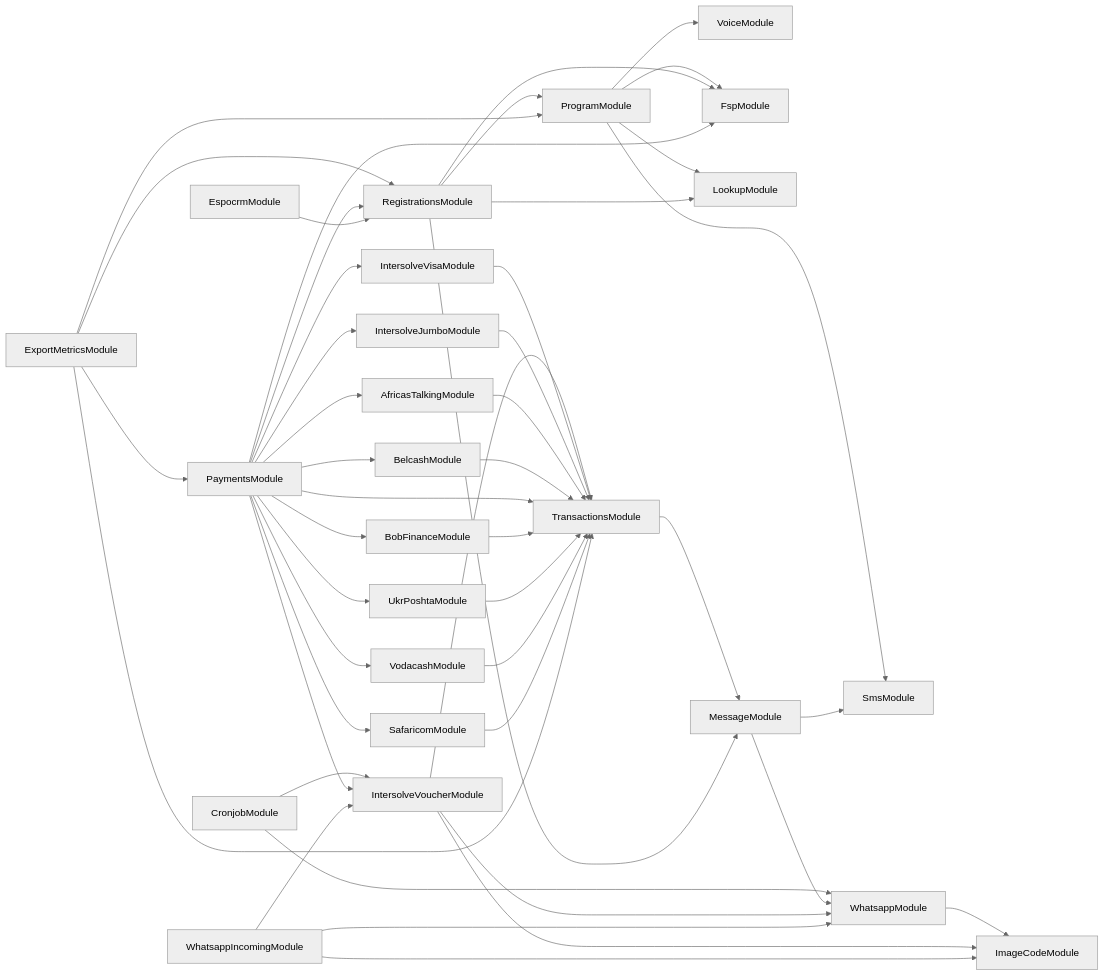
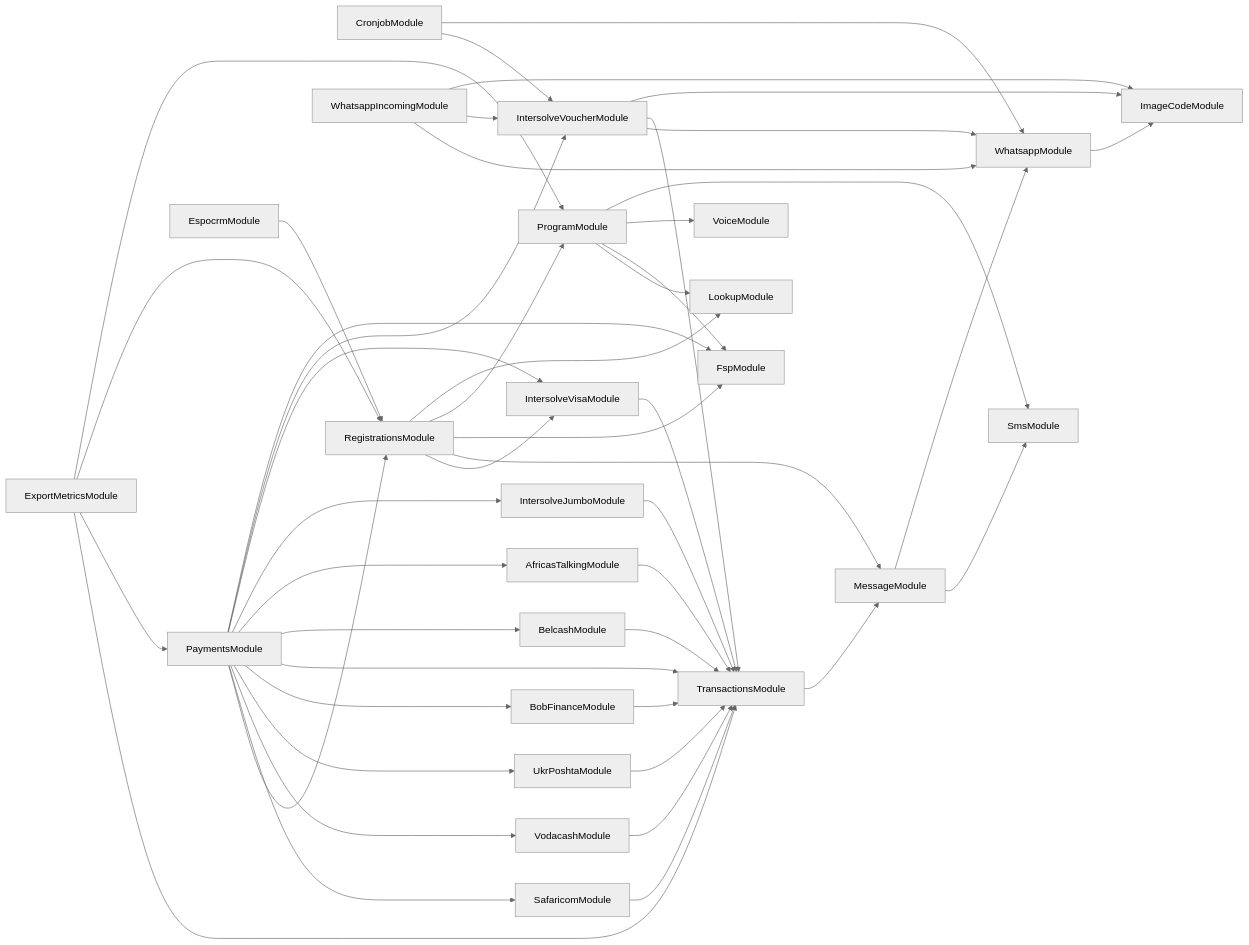
Before and after one commit to global-121/121-platform: the diagram in services/121-service/module-dependencies.md, drawn with Mermaid (neutral theme). The commit also changed 2 other files, not shown here.

Commit message:
feat: sync intersolve automatically upon registration attribute update AB#20345

````diff
--- a/services/121-service/module-dependencies.md
+++ b/services/121-service/module-dependencies.md
@@ -3,48 +3,49 @@
 ```mermaid
 graph LR
   ProgramModule-->SmsModule
   ProgramModule-->VoiceModule
   ProgramModule-->FspModule
   ProgramModule-->LookupModule
   CronjobModule-->WhatsappModule
   WhatsappModule-->ImageCodeModule
   CronjobModule-->IntersolveVoucherModule
   IntersolveVoucherModule-->ImageCodeModule
   IntersolveVoucherModule-->TransactionsModule
   TransactionsModule-->MessageModule
   MessageModule-->WhatsappModule
   MessageModule-->SmsModule
   IntersolveVoucherModule-->WhatsappModule
   RegistrationsModule-->LookupModule
   RegistrationsModule-->ProgramModule
   RegistrationsModule-->FspModule
   RegistrationsModule-->MessageModule
+  RegistrationsModule-->IntersolveVisaModule
+  IntersolveVisaModule-->TransactionsModule
   ExportMetricsModule-->ProgramModule
   ExportMetricsModule-->RegistrationsModule
   ExportMetricsModule-->PaymentsModule
   PaymentsModule-->FspModule
   PaymentsModule-->IntersolveVoucherModule
   PaymentsModule-->IntersolveVisaModule
-  IntersolveVisaModule-->TransactionsModule
   PaymentsModule-->IntersolveJumboModule
   IntersolveJumboModule-->TransactionsModule
   PaymentsModule-->AfricasTalkingModule
   AfricasTalkingModule-->TransactionsModule
   PaymentsModule-->BelcashModule
   BelcashModule-->TransactionsModule
   PaymentsModule-->TransactionsModule
   PaymentsModule-->BobFinanceModule
   BobFinanceModule-->TransactionsModule
   PaymentsModule-->UkrPoshtaModule
   UkrPoshtaModule-->TransactionsModule
   PaymentsModule-->VodacashModule
   VodacashModule-->TransactionsModule
   PaymentsModule-->SafaricomModule
   SafaricomModule-->TransactionsModule
   PaymentsModule-->RegistrationsModule
   ExportMetricsModule-->TransactionsModule
   WhatsappIncomingModule-->ImageCodeModule
   WhatsappIncomingModule-->IntersolveVoucherModule
   WhatsappIncomingModule-->WhatsappModule
   EspocrmModule-->RegistrationsModule
 ```
````
